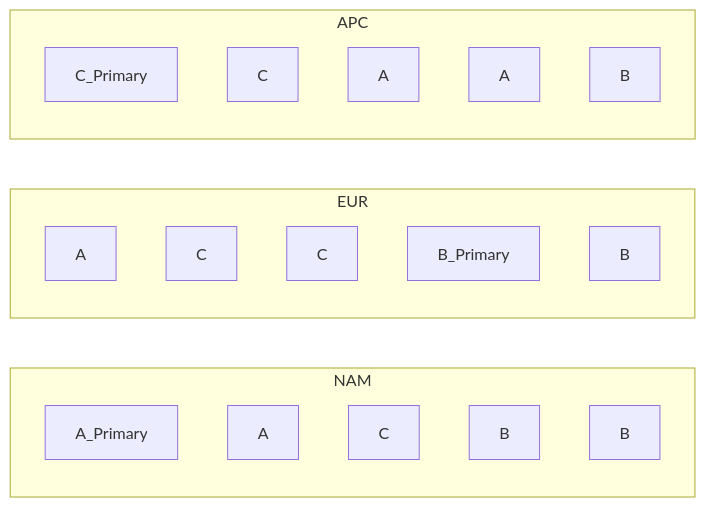
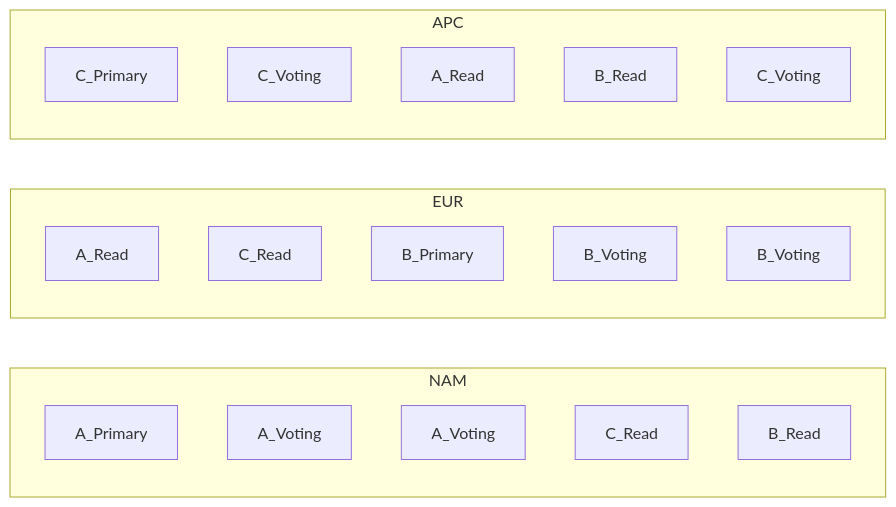
One commit to suds05/TFIdentityPoc changed the third of 3 diagrams in global_service_model.md. Above: the diagram before and after it, drawn with Mermaid. The commit also changed other lines of this file and 3 other files, not shown here.

````diff
--- a/global_service_model.md
+++ b/global_service_model.md
@@ -193,29 +197,29 @@
 ```mermaid
 graph LR
   subgraph NAM
     direction TB
-    NAM_A1["A_Primary"]
-    NAM_A2["A"]
-    NAM_C["C"]
-    NAM_B1["B"]
-    NAM_B2["B"]
+    NAM_AP["A_Primary"]
+    NAM_AV1["A_Voting"]
+    NAM_AV2["A_Voting"]
+    NAM_CR["C_Read"]
+    NAM_BR["B_Read"]
   end
 
   subgraph EUR
     direction TB
-    EUR_A1["A"]
-    EUR_C1["C"]
-    EUR_C2["C"]
-    EUR_B1["B_Primary"]
-    EUR_B2["B"]
+    EUR_AR["A_Read"]
+    EUR_CR["C_Read"]
+    EUR_BP["B_Primary"]
+    EUR_B1["B_Voting"]
+    EUR_B2["B_Voting"]
   end
 
   subgraph APC
     direction TB
-    APC_C1["C_Primary"]
-    APC_C2["C"]
-    APC_A1["A"]
-    APC_A2["A"]
-    APC_B["B"]
+    APC_CP["C_Primary"]
+    APC_CV1["C_Voting"]
+    APC_AR["A_Read"]
+    APC_BR["B_Read"]
+    APC_CV2["C_Voting"]
   end
 ```
````
